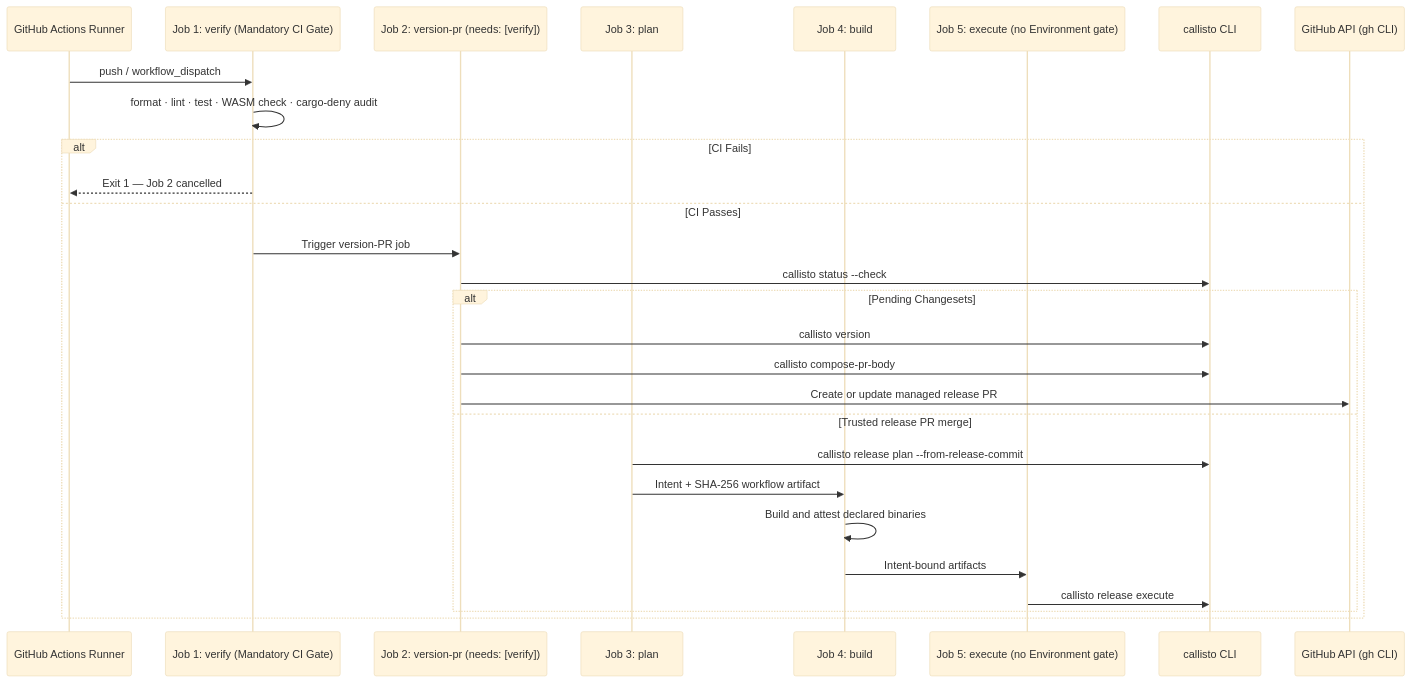
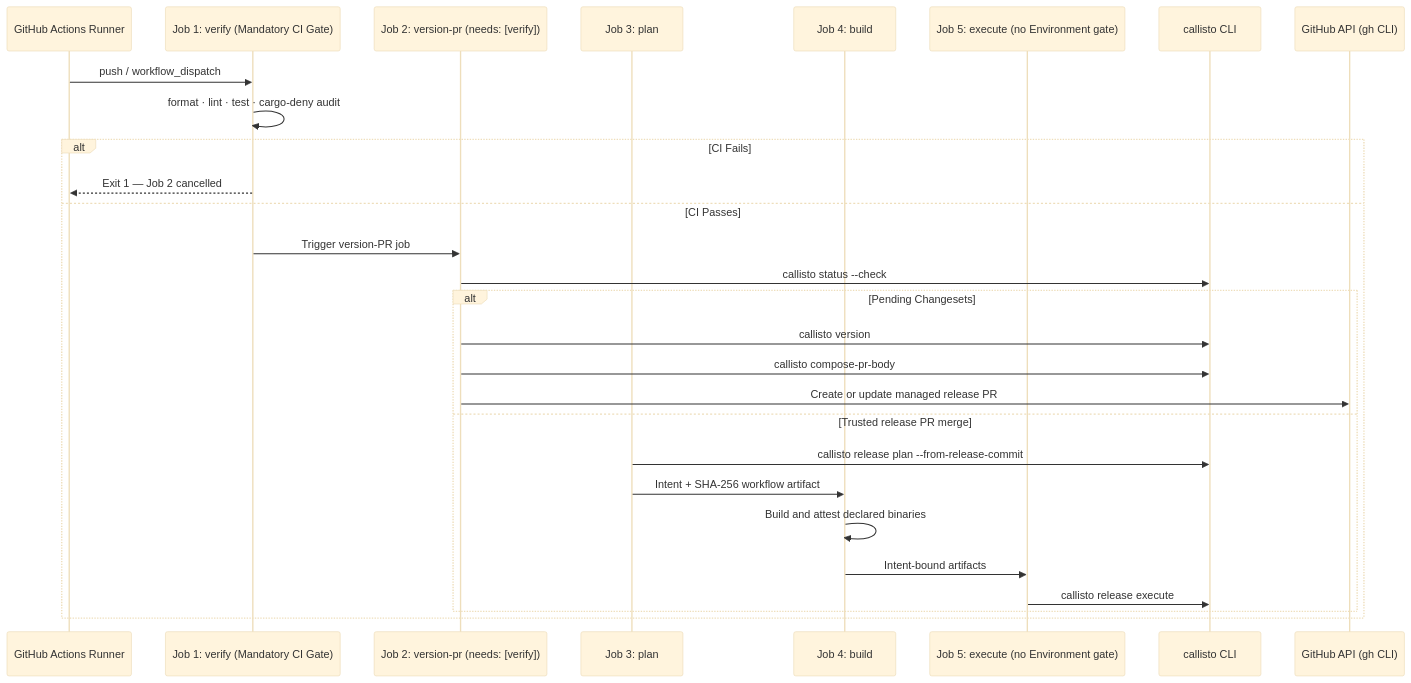
Before and after one commit to orin-dx/callisto: the fourth of 4 diagrams in ARCHITECTURE.md, drawn with Mermaid. The commit also changed other lines of this file and 112 other files, not shown here.

````diff
--- a/ARCHITECTURE.md
+++ b/ARCHITECTURE.md
@@ -361,32 +347,32 @@
 ```mermaid
 %%{init: {'theme': 'base', 'themeVariables': {'lineColor': '#64748b', 'edgeLabelBackground': '#f8fafc', 'fontFamily': 'ui-sans-serif, system-ui, sans-serif'}}}%%
 sequenceDiagram
     participant Runner as GitHub Actions Runner
     participant Verify as Job 1: verify (Mandatory CI Gate)
     participant VersionPR as Job 2: version-pr (needs: [verify])
     participant Plan as Job 3: plan
     participant Build as Job 4: build
     participant Execute as Job 5: execute (no Environment gate)
     participant CLI as callisto CLI
     participant GH as GitHub API (gh CLI)
 
     Runner->>Verify: push / workflow_dispatch
-    Verify->>Verify: format · lint · test · WASM check · cargo-deny audit
+    Verify->>Verify: format · lint · test · cargo-deny audit
     alt CI Fails
         Verify-->>Runner: Exit 1 — Job 2 cancelled
     else CI Passes
         Verify->>VersionPR: Trigger version-PR job
         VersionPR->>CLI: callisto status --check
         alt Pending Changesets
             VersionPR->>CLI: callisto version
             VersionPR->>CLI: callisto compose-pr-body
             VersionPR->>GH: Create or update managed release PR
         else Trusted release PR merge
             Plan->>CLI: callisto release plan --from-release-commit
             Plan->>Build: Intent + SHA-256 workflow artifact
             Build->>Build: Build and attest declared binaries
             Build->>Execute: Intent-bound artifacts
             Execute->>CLI: callisto release execute
         end
     end
 ```
````
